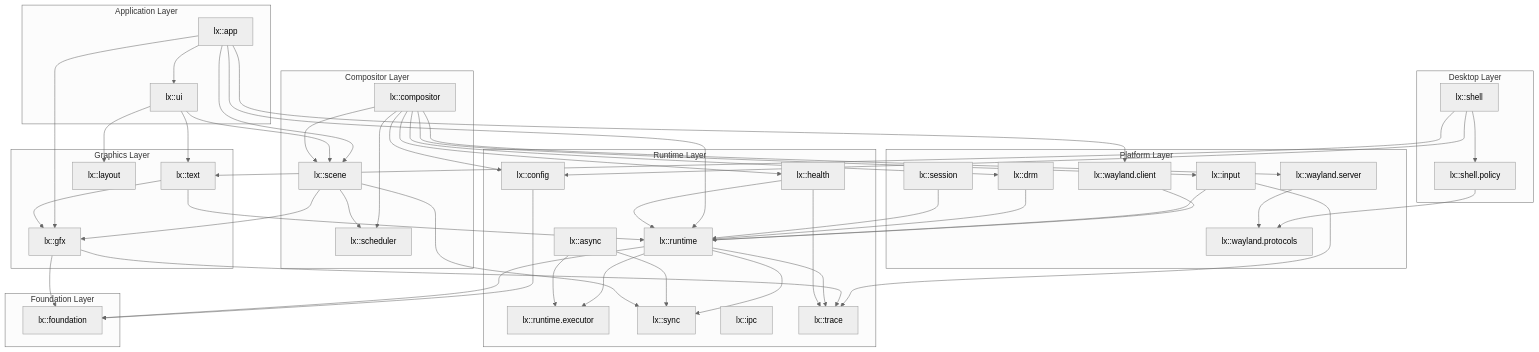
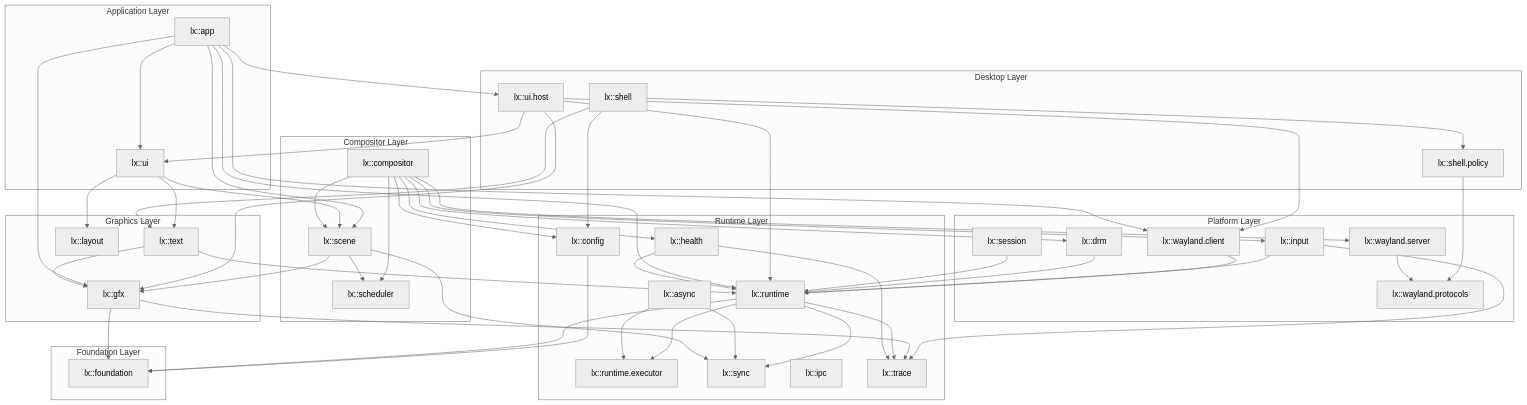
One commit to dimmus/lumen changed the diagram in docs/uml/01-package-layers.mmd. Above: the diagram before and after it, drawn with Mermaid (neutral theme). The commit also changed 31 other files, not shown here.

First line of the commit message:
UI engine Phase 5: lx.ui.host, lx.app rebased onto it with multiple windows

```diff
--- a/docs/uml/01-package-layers.mmd
+++ b/docs/uml/01-package-layers.mmd
@@ -1,88 +1,94 @@
 flowchart TB
     subgraph Apps["Application Layer"]
         APP["lx::app"]
         UI["lx::ui"]
     end
 
     subgraph Desktop["Desktop Layer"]
         SHELL["lx::shell"]
         POLICY["lx::shell.policy"]
+        UIHOST["lx::ui.host"]
     end
 
     subgraph Compositing["Compositor Layer"]
         COMP["lx::compositor"]
         SCENE["lx::scene"]
         SCHED["lx::scheduler"]
     end
 
     subgraph Graphics["Graphics Layer"]
         GFX["lx::gfx"]
         TEXT["lx::text"]
         LAYOUT["lx::layout"]
     end
 
     subgraph Platform["Platform Layer"]
         WLS["lx::wayland.server"]
         WLC["lx::wayland.client"]
         WLPROT["lx::wayland.protocols"]
         INPUT["lx::input"]
         SESSION["lx::session"]
         DRM["lx::drm"]
     end
 
     subgraph Runtime["Runtime Layer"]
         RT["lx::runtime"]
         EXEC["lx::runtime.executor"]
         SYNC["lx::sync"]
         IPC["lx::ipc"]
         ASYNC["lx::async"]
         TRACE["lx::trace"]
         HEALTH["lx::health"]
         CONFIG["lx::config"]
     end
 
     subgraph Foundation["Foundation Layer"]
         FOUND["lx::foundation"]
     end
 
+    APP --> UIHOST
+    UIHOST --> UI
+    UIHOST --> GFX
+    UIHOST --> WLC
+    UIHOST --> RT
     APP --> UI
     APP --> GFX
     APP --> SCENE
     APP --> WLC
     APP --> RT
     UI --> SCENE
     UI --> TEXT
     UI --> LAYOUT
     SHELL --> POLICY
     SHELL --> TEXT
     POLICY --> WLPROT
     COMP --> WLS
     COMP --> SCENE
     COMP --> SCHED
     COMP --> INPUT
     COMP --> DRM
     COMP --> HEALTH
     COMP --> CONFIG
     SHELL --> CONFIG
     SCENE --> GFX
     SCENE --> SCHED
     WLS --> WLPROT
     WLC --> RT
     INPUT --> RT
     INPUT --> TRACE
     DRM --> RT
     SESSION --> RT
     GFX --> FOUND
     GFX --> TRACE
     TEXT --> RT
     TEXT --> GFX
     RT --> EXEC
     RT --> SYNC
     RT --> TRACE
     HEALTH --> RT
     HEALTH --> TRACE
     CONFIG --> FOUND
     ASYNC --> SYNC
     ASYNC --> EXEC
     SCENE --> SYNC
     RT --> FOUND
```
